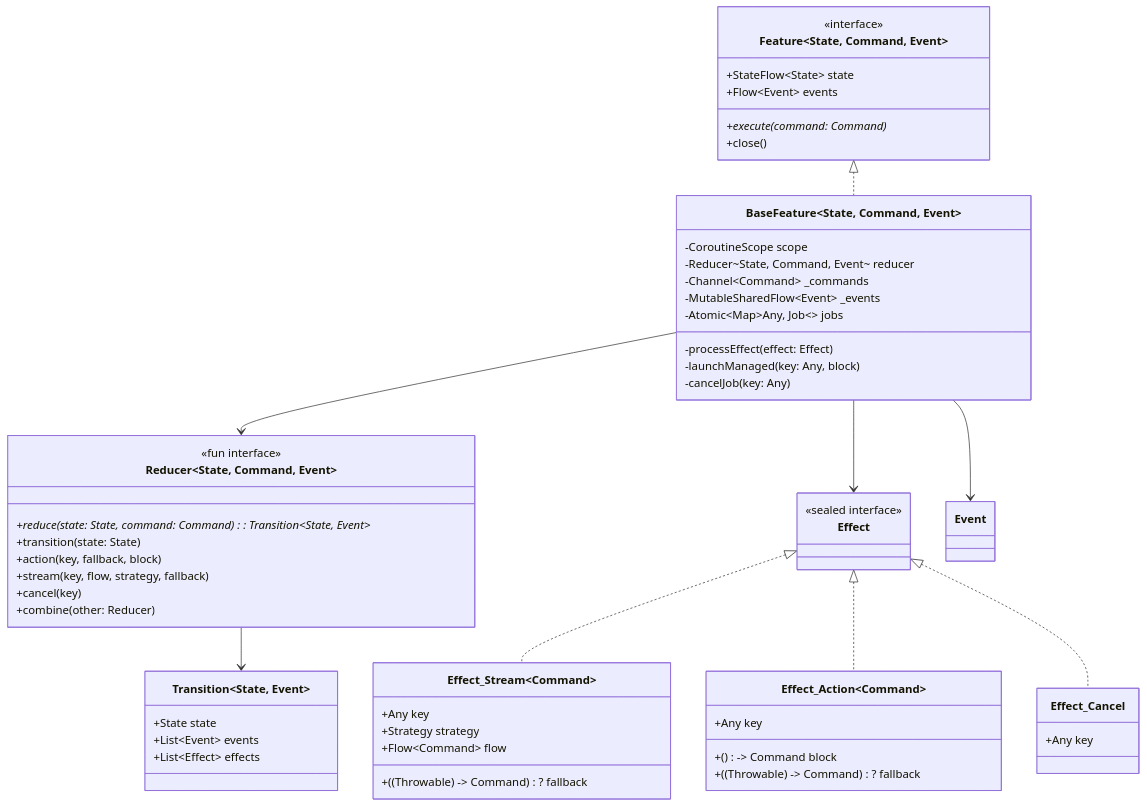
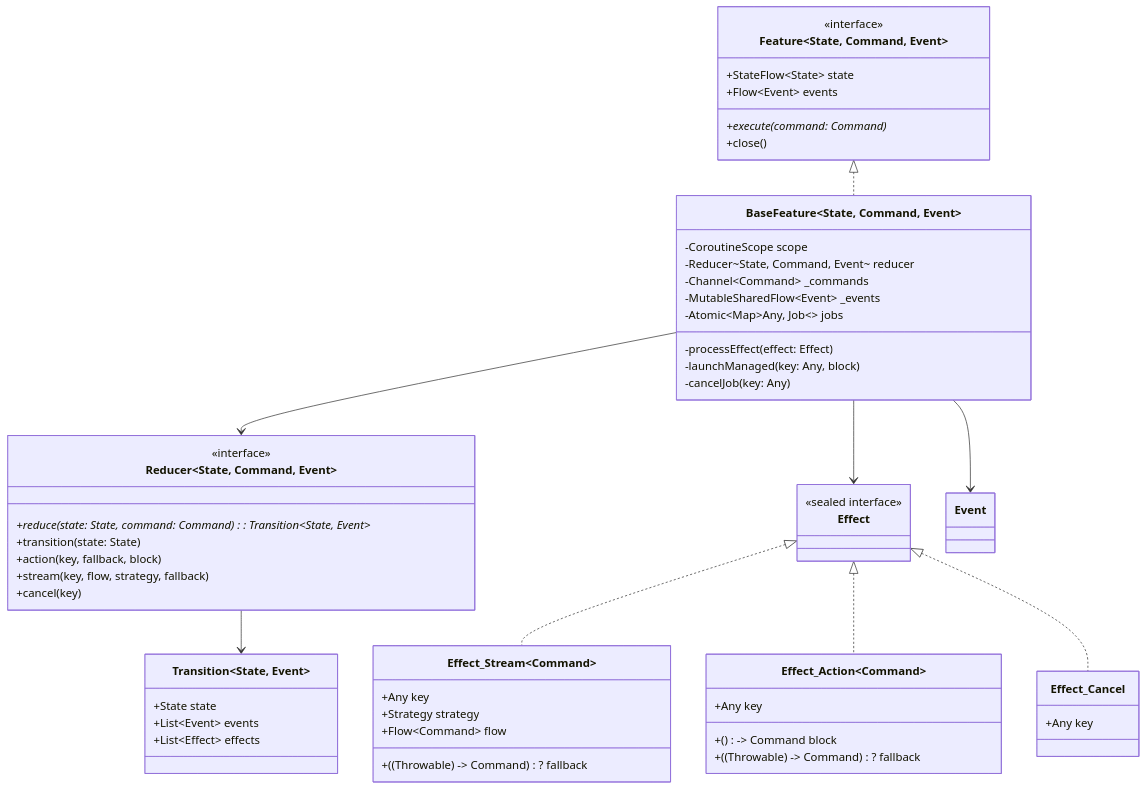
One commit to numq/reduce-and-conquer changed the second of 4 diagrams in README.md. Above: the diagram before and after it, drawn with Mermaid. The commit also changed other lines of this file and 3 other files, not shown here.

````diff
--- a/README.md
+++ b/README.md
@@ -90,69 +389,68 @@
 ```mermaid
 classDiagram
     class Feature~State, Command, Event~ {
         <<interface>>
         +StateFlow~State~ state
         +Flow~Event~ events
         +execute(command: Command)*
         +close()
     }
     
     class BaseFeature~State, Command, Event~ {
         -CoroutineScope scope
         -Reducer~State, Command, Event~ reducer
         -Channel~Command~ _commands
         -MutableSharedFlow~Event~ _events
         -Atomic~Map~Any, Job~~ jobs
         -processEffect(effect: Effect)
         -launchManaged(key: Any, block)
         -cancelJob(key: Any)
     }
     
     class Reducer~State, Command, Event~ {
-        <<fun interface>>
+        <<interface>>
         +reduce(state: State, command: Command): Transition~State, Event~*
         +transition(state: State)
         +action(key, fallback, block)
         +stream(key, flow, strategy, fallback)
         +cancel(key)
-        +combine(other: Reducer)
     }
     
     class Transition~State, Event~ {
         +State state
         +List~Event~ events
         +List~Effect~ effects
     }
     
     class Effect {
         <<sealed interface>>
     }
     
     class Effect_Stream~Command~ {
         +Any key
         +Strategy strategy
         +Flow~Command~ flow
         +((Throwable) -> Command)? fallback
     }
     
     class Effect_Action~Command~ {
         +Any key
         +() -> Command block
         +((Throwable) -> Command)? fallback
     }
     
     class Effect_Cancel {
         +Any key
     }
 
     Effect <|.. Effect_Stream
     Effect <|.. Effect_Action
     Effect <|.. Effect_Cancel
     
     Feature <|.. BaseFeature
     BaseFeature --> Reducer
     BaseFeature --> Event
     BaseFeature --> Effect
     Reducer --> Transition
    
 ```
````
